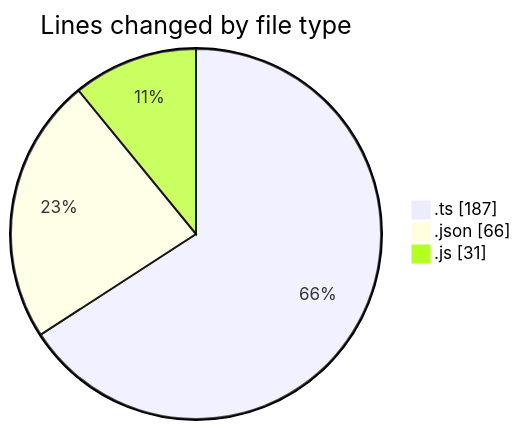
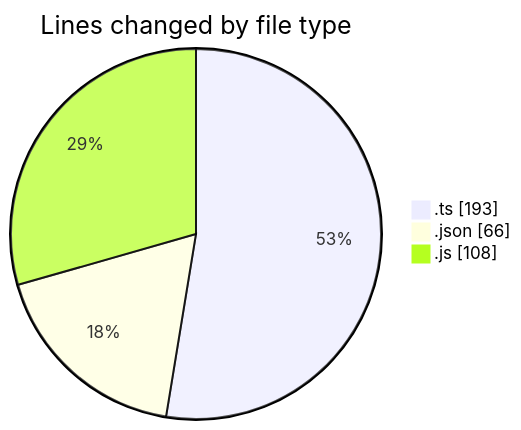
One commit to tmsrecording-cyber/code-tracking changed the first of 2 diagrams in 2026-02-05/singularitybrainai/README.md. Above: the diagram before and after it, drawn with Mermaid. The commit also changed other lines of this file and 1 other file, not shown here.

````diff
--- a/2026-02-05/singularitybrainai/README.md
+++ b/2026-02-05/singularitybrainai/README.md
@@ -23,7 +24,7 @@
 ```mermaid
 pie showData
 title Lines changed by file type
-".ts" : 187
+".ts" : 193
 ".json" : 66
-".js" : 31
+".js" : 108
 ```
````
